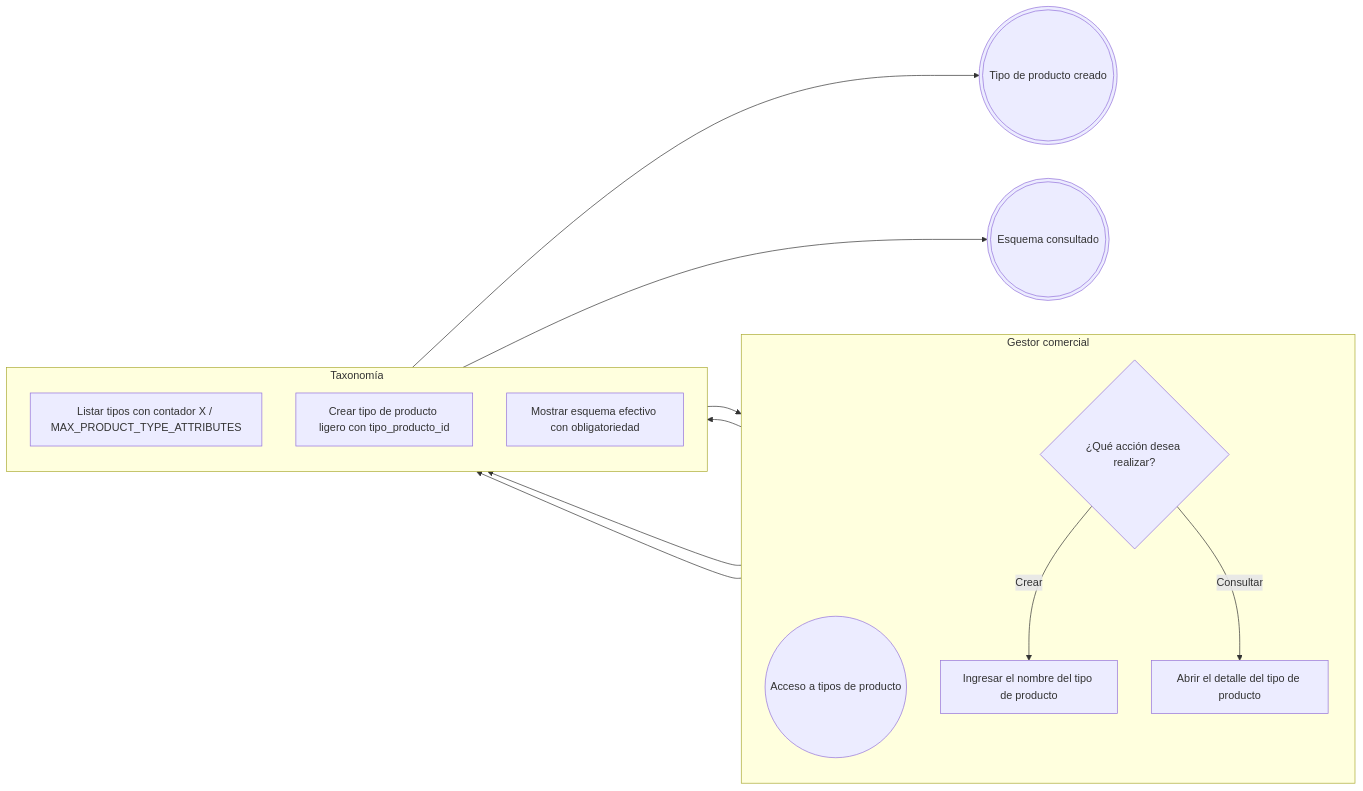
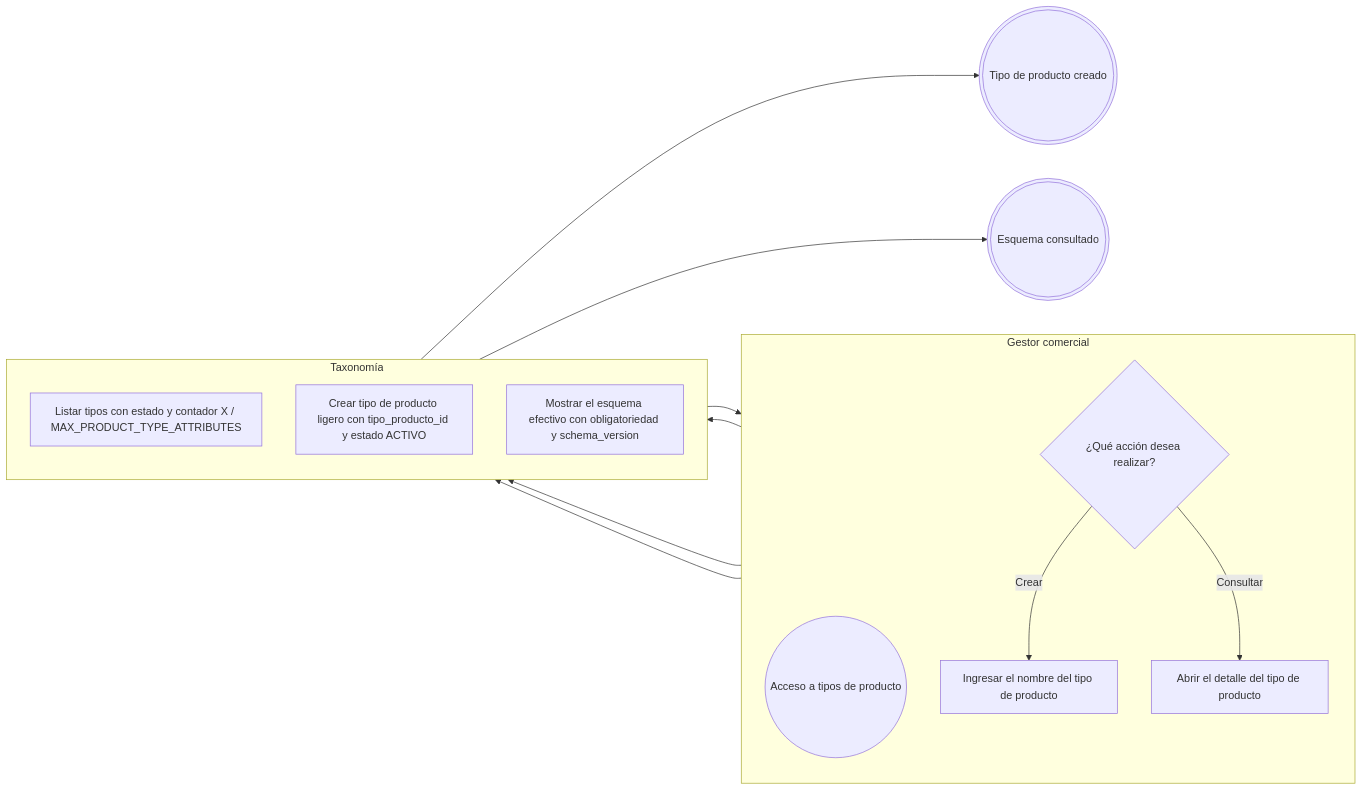
Before and after one commit to Taller-SW-Web/G6-Productos-Ofertas-docs: the first of 7 diagrams in flujos/FLOW-010-asociacion-tipo-producto-caracteristica.md, drawn with Mermaid. The commit also changed other lines of this file and 18 other files, not shown here.

````diff
--- a/flujos/FLOW-010-asociacion-tipo-producto-caracteristica.md
+++ b/flujos/FLOW-010-asociacion-tipo-producto-caracteristica.md
@@ -31,30 +31,30 @@
 ```mermaid
 flowchart LR
 
     subgraph GESTOR["Gestor comercial"]
         direction TB
         INICIO((Acceso a tipos de producto))
         D1{"¿Qué acción desea realizar?"}
         G1["Ingresar el nombre del tipo de producto"]
         G2["Abrir el detalle del tipo de producto"]
     end
 
     subgraph TAXONOMIA["Taxonomía"]
         direction TB
-        T1["Listar tipos con contador X / MAX_PRODUCT_TYPE_ATTRIBUTES"]
-        T2["Crear tipo de producto ligero con tipo_producto_id"]
-        T3["Mostrar esquema efectivo con obligatoriedad"]
+        T1["Listar tipos con estado y contador X / MAX_PRODUCT_TYPE_ATTRIBUTES"]
+        T2["Crear tipo de producto ligero con tipo_producto_id y estado ACTIVO"]
+        T3["Mostrar el esquema efectivo con obligatoriedad y schema_version"]
     end
 
     FIN_CREADO(((Tipo de producto creado)))
     FIN_CONSULTADO(((Esquema consultado)))
 
     INICIO --> T1
     T1 --> D1
     D1 -->|"Crear"| G1
     G1 --> T2
     T2 --> FIN_CREADO
     D1 -->|"Consultar"| G2
     G2 --> T3
     T3 --> FIN_CONSULTADO
 ```
````
